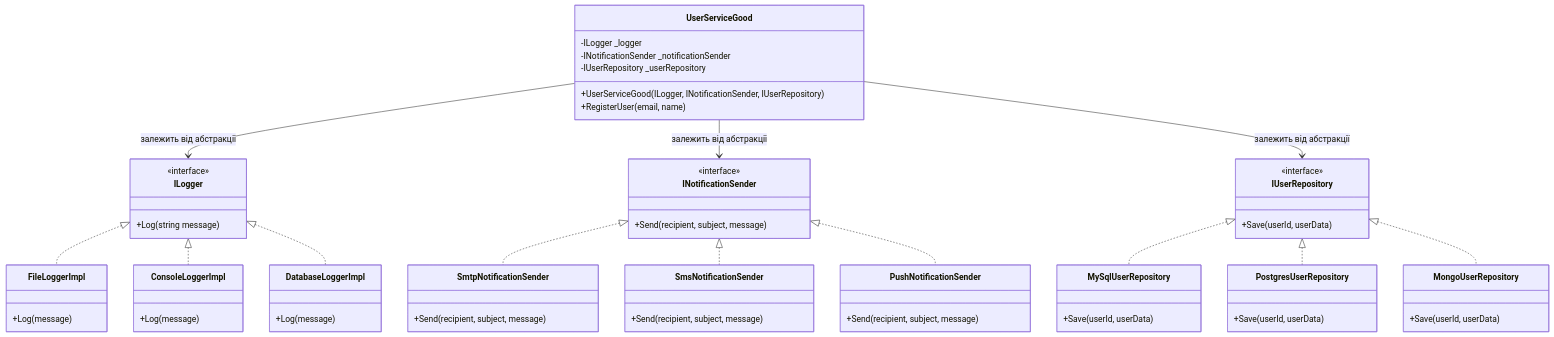
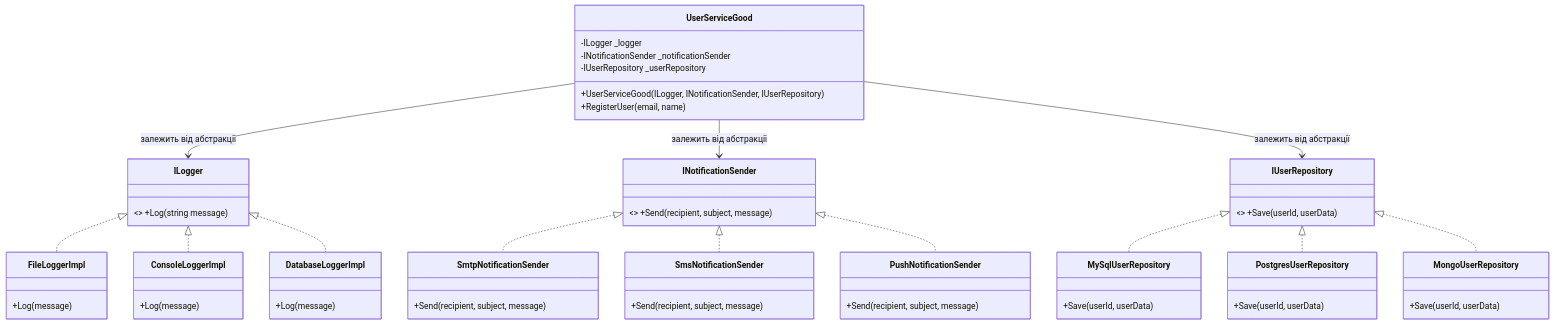
Before and after one commit to MrTomkaYurii/CSharp-OOP-Mastery: the fourth of 5 diagrams in 08-Architecture-And-Patterns/01-SOLID-Principles/OOP - SOLID/D/README.md, drawn with Mermaid. The commit also changed other lines of this file and 246 other files, not shown here.

Commit message:
feat(architecture): restructure 08 around SOLID, Generic Host (Config & Logging), DI, AutoMapper, Spectre.Console and 3-tier EF Core app

````diff
--- a/08-Architecture-And-Patterns/01-SOLID-Principles/OOP - SOLID/D/README.md
+++ b/08-Architecture-And-Patterns/01-SOLID-Principles/OOP - SOLID/D/README.md
@@ -178,53 +178,50 @@
 ```mermaid
 classDiagram
     class ILogger {
-        <<interface>>
-        +Log(string message)
+        <<interface>> +Log(string message)
     }
 
     class INotificationSender {
-        <<interface>>
-        +Send(recipient, subject, message)
+        <<interface>> +Send(recipient, subject, message)
     }
 
     class IUserRepository {
-        <<interface>>
-        +Save(userId, userData)
+        <<interface>> +Save(userId, userData)
     }
 
     class UserServiceGood {
         -ILogger _logger
         -INotificationSender _notificationSender
         -IUserRepository _userRepository
         +UserServiceGood(ILogger, INotificationSender, IUserRepository)
         +RegisterUser(email, name)
     }
 
     class FileLoggerImpl { +Log(message) }
     class ConsoleLoggerImpl { +Log(message) }
     class DatabaseLoggerImpl { +Log(message) }
 
     class SmtpNotificationSender { +Send(recipient, subject, message) }
     class SmsNotificationSender { +Send(recipient, subject, message) }
     class PushNotificationSender { +Send(recipient, subject, message) }
 
     class MySqlUserRepository { +Save(userId, userData) }
     class PostgresUserRepository { +Save(userId, userData) }
     class MongoUserRepository { +Save(userId, userData) }
 
     UserServiceGood --> ILogger : залежить від абстракції
     UserServiceGood --> INotificationSender : залежить від абстракції
     UserServiceGood --> IUserRepository : залежить від абстракції
 
     ILogger <|.. FileLoggerImpl
     ILogger <|.. ConsoleLoggerImpl
     ILogger <|.. DatabaseLoggerImpl
 
     INotificationSender <|.. SmtpNotificationSender
     INotificationSender <|.. SmsNotificationSender
     INotificationSender <|.. PushNotificationSender
 
     IUserRepository <|.. MySqlUserRepository
     IUserRepository <|.. PostgresUserRepository
     IUserRepository <|.. MongoUserRepository
 ```
````
